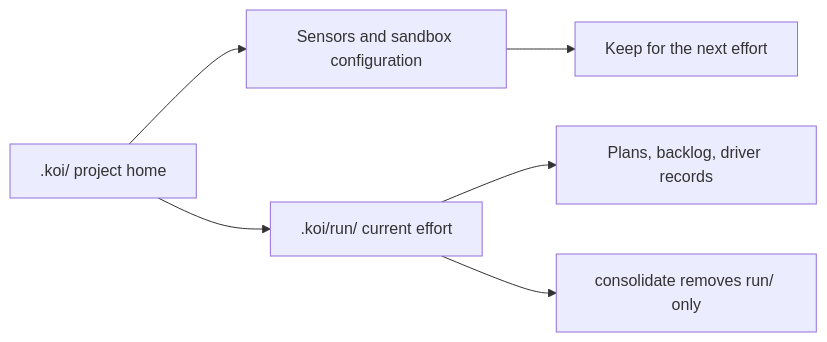
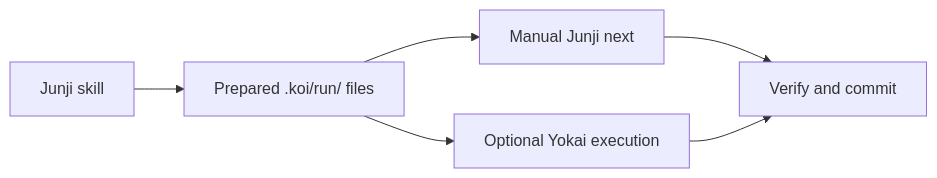
Before and after one commit to getkoi/site: the diagram in src/content/docs/koi/index.mdx, drawn with Mermaid. The commit also changed other lines of this file and 59 other files, not shown here.

Commit message:
docs: introduce standalone Junji and Yokai-owned onboarding

````diff
--- a/src/content/docs/koi/index.mdx
+++ b/src/content/docs/koi/index.mdx
@@ -56,10 +24,10 @@
 ```mermaid
 flowchart LR
-  accTitle: Durable project home and removable run state
-  accDescr: The project home keeps sensors and sandbox configuration across efforts. Each effort has plans and progress in the run folder. Consolidate removes only the run folder.
-  home[".koi/ project home"] --> checks["Sensors and sandbox configuration"]
-  home --> run[".koi/run/ current effort"]
-  run --> state["Plans, backlog, driver records"]
-  run --> finish["consolidate removes run/ only"]
-  checks --> retained["Keep for the next effort"]
+  accTitle: Two ways to execute a prepared Junji project
+  accDescr: Junji prepares repository files. A human may continue with Junji or use optional Yokai automation. Both update shared progress and obey verification and human gates.
+  J["Junji skill"] --> P["Prepared .koi/run/ files"]
+  P --> M["Manual Junji next"]
+  P --> Y["Optional Yokai execution"]
+  M --> V["Verify and commit"]
+  Y --> V
 ```
````
